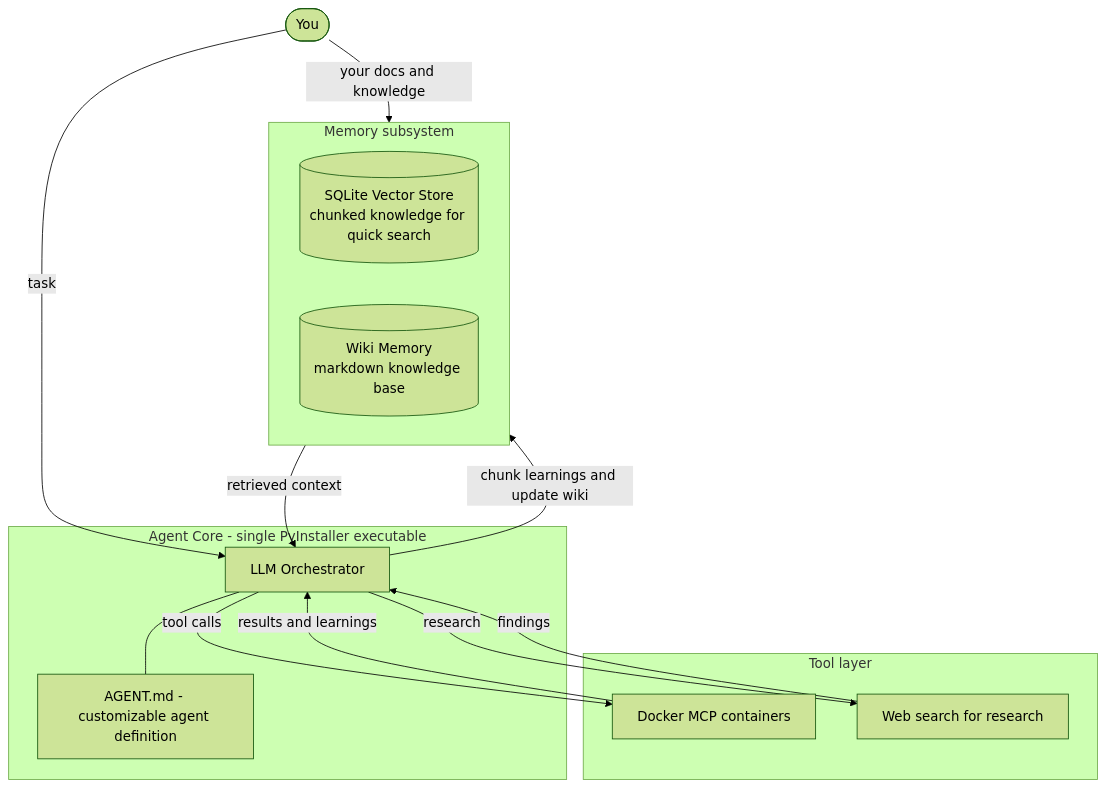
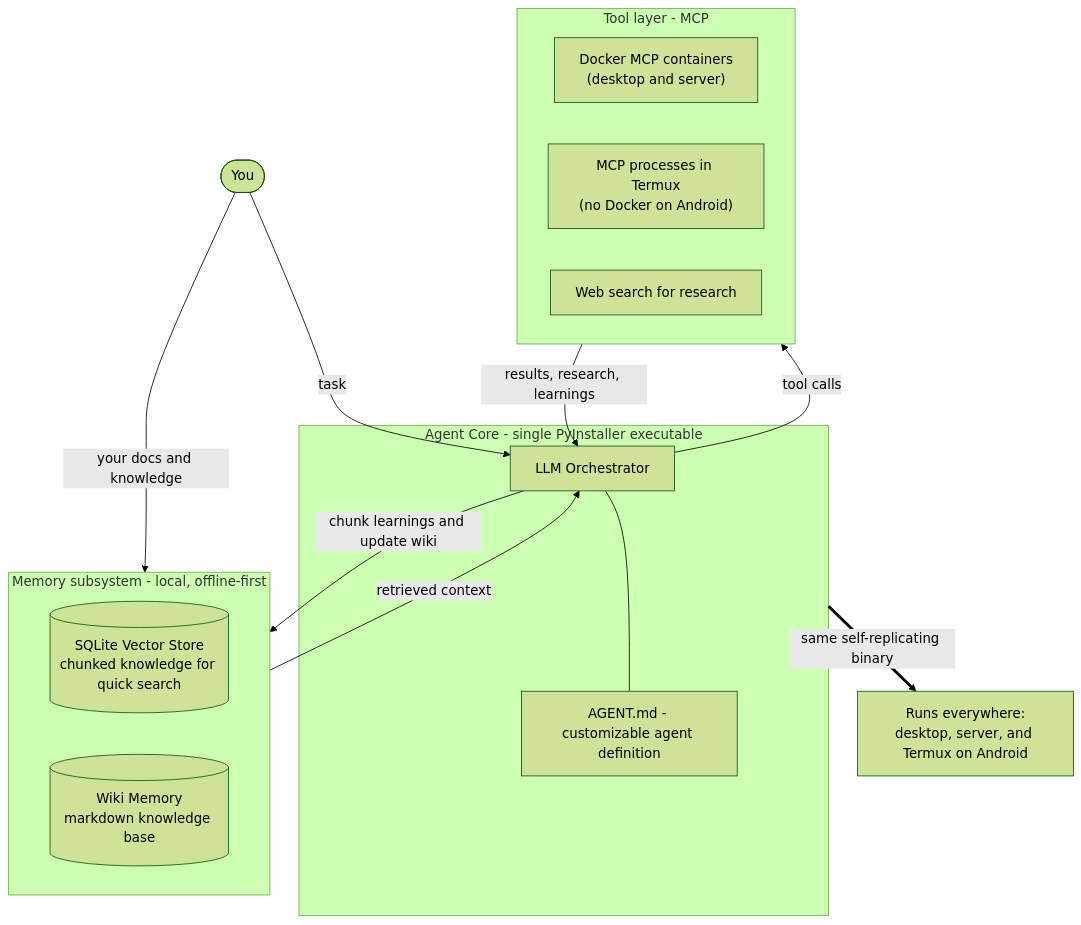
The diagram in README.md (decyphertek-io/DeCypherTek.ai), drawn with Mermaid (forest theme) before and after one commit. The commit also changed other lines of this file, not shown here.

Commit message:
docs: make Termux on Android a first-class target of the single executable

````diff
--- a/README.md
+++ b/README.md
@@ -34,27 +35,27 @@
 ```mermaid
 flowchart TB
     subgraph Core["Agent Core - single PyInstaller executable"]
         Orchestrator["LLM Orchestrator"]
         AgentDef["AGENT.md - customizable agent definition"]
         Orchestrator --- AgentDef
     end
 
-    subgraph Memory["Memory subsystem"]
+    subgraph Memory["Memory subsystem - local, offline-first"]
         Vector[("SQLite Vector Store<br/>chunked knowledge for quick search")]
         Wiki[("Wiki Memory<br/>markdown knowledge base")]
     end
 
-    subgraph Tools["Tool layer"]
-        MCP["Docker MCP containers"]
+    subgraph Tools["Tool layer - MCP"]
+        Docker["Docker MCP containers<br/>(desktop and server)"]
+        Native["MCP processes in Termux<br/>(no Docker on Android)"]
         Web["Web search for research"]
     end
 
     You([You]) -->|task| Orchestrator
     You -->|your docs and knowledge| Memory
     Memory -->|retrieved context| Orchestrator
     Orchestrator -->|chunk learnings and update wiki| Memory
-    Orchestrator -->|tool calls| MCP
-    MCP -->|results and learnings| Orchestrator
-    Orchestrator -->|research| Web
-    Web -->|findings| Orchestrator
+    Orchestrator -->|tool calls| Tools
+    Tools -->|results, research, learnings| Orchestrator
+    Core ==>|same self-replicating binary| Deploy["Runs everywhere:<br/>desktop, server, and Termux on Android"]
 ```
````
